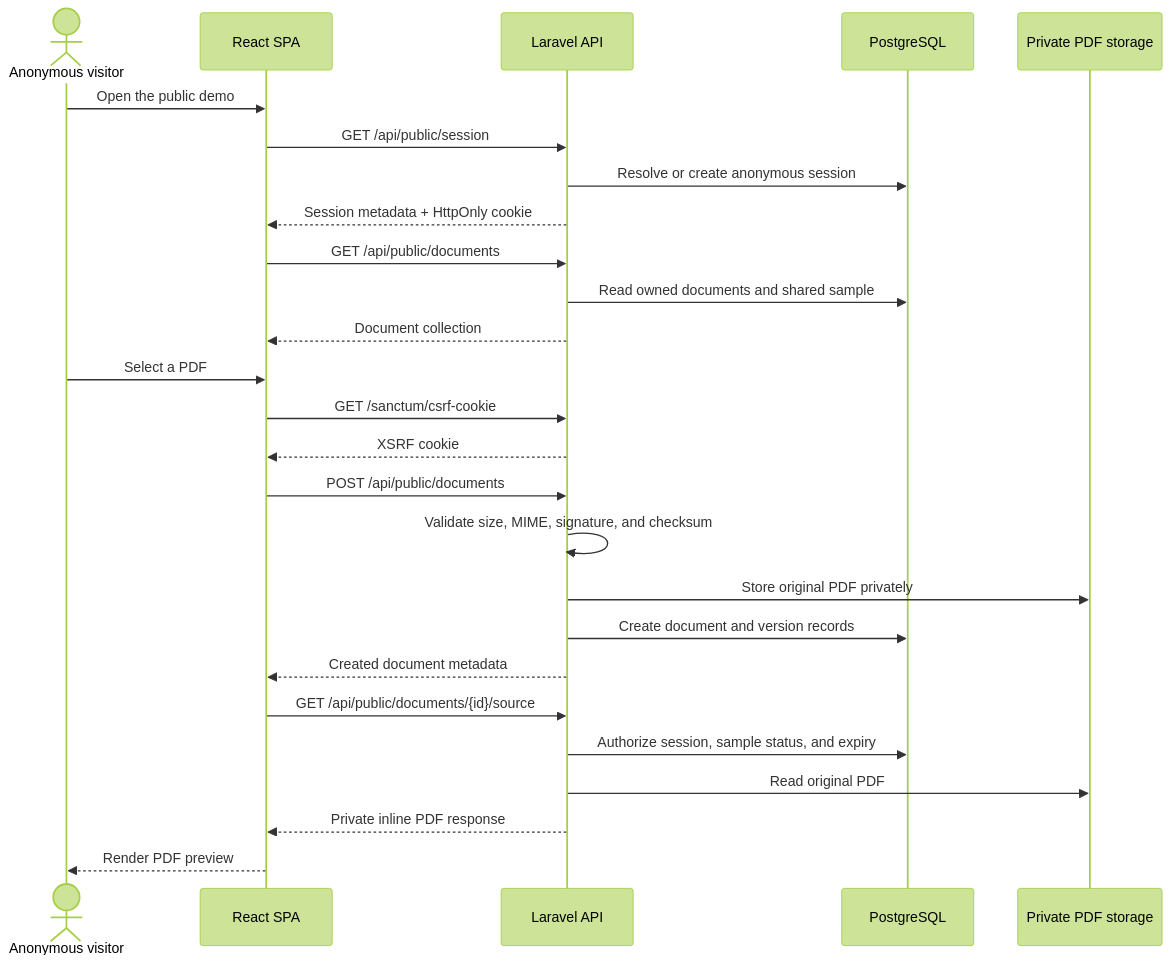
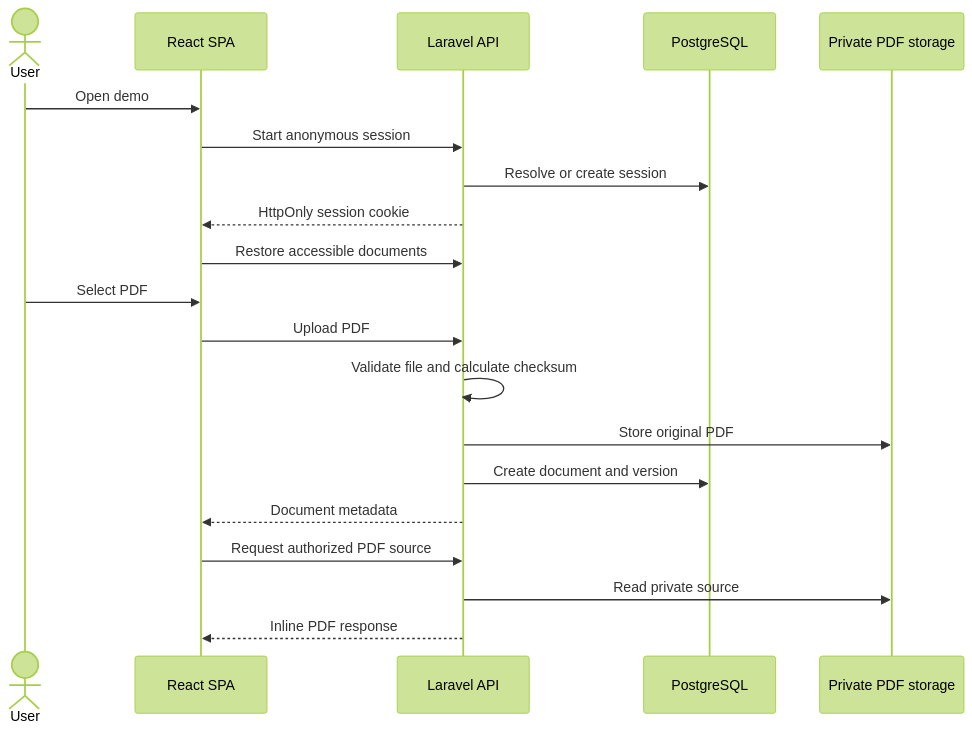
Before and after one commit to sangcnt/support-copilot: the second of 3 diagrams in ARCHITECTURE.md, drawn with Mermaid (forest theme). The commit also changed other lines of this file and 2 other files, not shown here.

Commit message:
separate architecture diagrams and API reference

````diff
--- a/ARCHITECTURE.md
+++ b/ARCHITECTURE.md
@@ -145,29 +40,23 @@
 ```mermaid
 sequenceDiagram
-    actor User as Anonymous visitor
+    actor User
     participant UI as React SPA
     participant API as Laravel API
     participant DB as PostgreSQL
-    participant FS as Private PDF storage
+    participant Files as Private PDF storage
 
-    User->>UI: Open the public demo
-    UI->>API: GET /api/public/session
-    API->>DB: Resolve or create anonymous session
-    API-->>UI: Session metadata + HttpOnly cookie
-    UI->>API: GET /api/public/documents
-    API->>DB: Read owned documents and shared sample
-    API-->>UI: Document collection
-    User->>UI: Select a PDF
-    UI->>API: GET /sanctum/csrf-cookie
-    API-->>UI: XSRF cookie
-    UI->>API: POST /api/public/documents
-    API->>API: Validate size, MIME, signature, and checksum
-    API->>FS: Store original PDF privately
-    API->>DB: Create document and version records
-    API-->>UI: Created document metadata
-    UI->>API: GET /api/public/documents/{id}/source
-    API->>DB: Authorize session, sample status, and expiry
-    API->>FS: Read original PDF
-    API-->>UI: Private inline PDF response
-    UI-->>User: Render PDF preview
+    User->>UI: Open demo
+    UI->>API: Start anonymous session
+    API->>DB: Resolve or create session
+    API-->>UI: HttpOnly session cookie
+    UI->>API: Restore accessible documents
+    User->>UI: Select PDF
+    UI->>API: Upload PDF
+    API->>API: Validate file and calculate checksum
+    API->>Files: Store original PDF
+    API->>DB: Create document and version
+    API-->>UI: Document metadata
+    UI->>API: Request authorized PDF source
+    API->>Files: Read private source
+    API-->>UI: Inline PDF response
 ```
````
